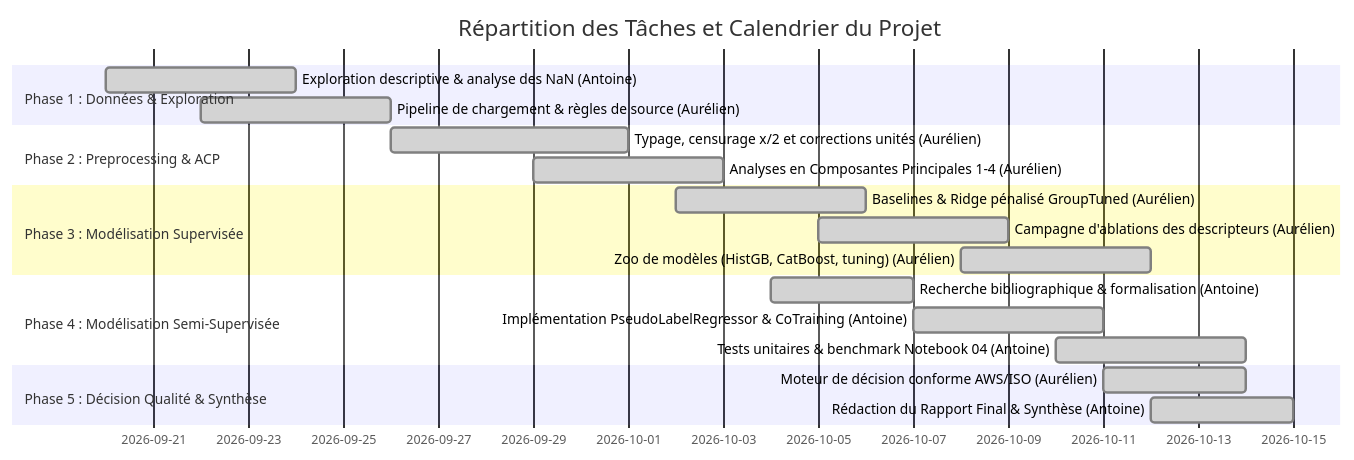
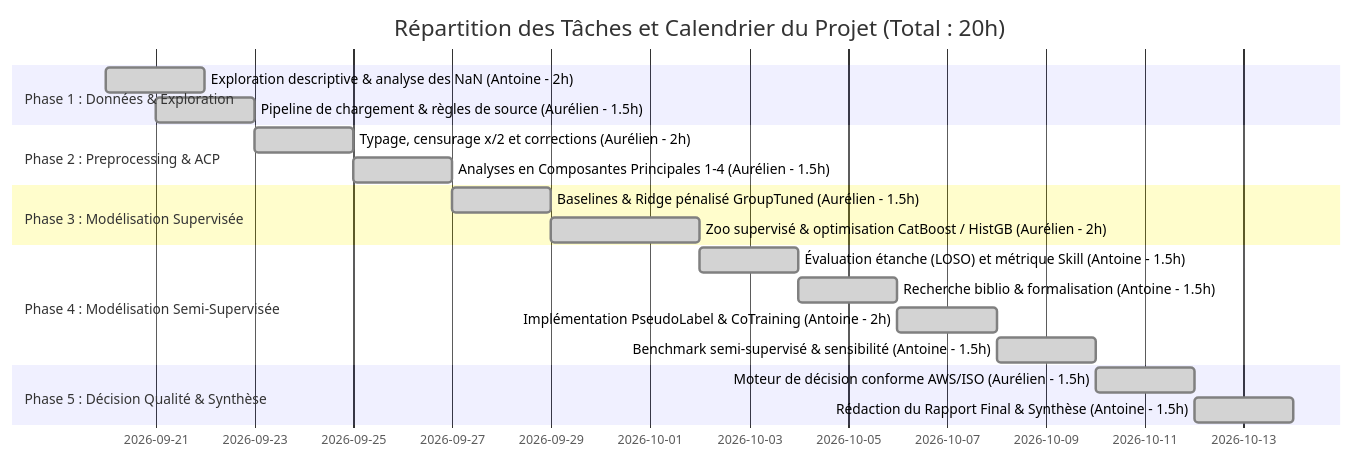
Before and after one commit to aureliendelest/weld-quality-pred: the second of 2 diagrams in report/rapport_final.md, drawn with Mermaid. The commit also changed other lines of this file, not shown here.

Commit message:
doc : add rapport_final

````diff
--- a/report/rapport_final.md
+++ b/report/rapport_final.md
@@ -146,22 +197,22 @@
 ```mermaid
 gantt
-    title Répartition des Tâches et Calendrier du Projet
+    title Répartition des Tâches et Calendrier du Projet (Total : 20h)
     dateFormat  YYYY-MM-DD
     section Phase 1 : Données & Exploration
-    Exploration descriptive & analyse des NaN (Antoine)    :done, a1, 2026-09-20, 4d
-    Pipeline de chargement & règles de source (Aurélien)   :done, a2, 2026-09-22, 4d
+    Exploration descriptive & analyse des NaN (Antoine - 2h)    :done, a1, 2026-09-20, 2d
+    Pipeline de chargement & règles de source (Aurélien - 1.5h) :done, a2, 2026-09-21, 2d
     section Phase 2 : Preprocessing & ACP
-    Typage, censurage x/2 et corrections unités (Aurélien) :done, b1, 2026-09-26, 5d
-    Analyses en Composantes Principales 1-4 (Aurélien)     :done, b2, 2026-09-29, 4d
+    Typage, censurage x/2 et corrections (Aurélien - 2h)        :done, b1, 2026-09-23, 2d
+    Analyses en Composantes Principales 1-4 (Aurélien - 1.5h)   :done, b2, 2026-09-25, 2d
     section Phase 3 : Modélisation Supervisée
-    Baselines & Ridge pénalisé GroupTuned (Aurélien)       :done, c1, 2026-10-02, 4d
-    Campagne d'ablations des descripteurs (Aurélien)       :done, c2, 2026-10-05, 4d
-    Zoo de modèles (HistGB, CatBoost, tuning) (Aurélien)   :done, c3, 2026-10-08, 4d
+    Baselines & Ridge pénalisé GroupTuned (Aurélien - 1.5h)     :done, c1, 2026-09-27, 2d
+    Zoo supervisé & optimisation CatBoost / HistGB (Aurélien - 2h) :done, c2, 2026-09-29, 3d
     section Phase 4 : Modélisation Semi-Supervisée
-    Recherche bibliographique & formalisation (Antoine)    :done, d1, 2026-10-04, 3d
-    Implémentation PseudoLabelRegressor & CoTraining (Antoine) :done, d2, 2026-10-07, 4d
-    Tests unitaires & benchmark Notebook 04 (Antoine)      :done, d3, 2026-10-10, 4d
+    Évaluation étanche (LOSO) et métrique Skill (Antoine - 1.5h) :done, d1, 2026-10-02, 2d
+    Recherche biblio & formalisation (Antoine - 1.5h)           :done, d2, 2026-10-04, 2d
+    Implémentation PseudoLabel & CoTraining (Antoine - 2h)      :done, d3, 2026-10-06, 2d
+    Benchmark semi-supervisé & sensibilité (Antoine - 1.5h)     :done, d4, 2026-10-08, 2d
     section Phase 5 : Décision Qualité & Synthèse
-    Moteur de décision conforme AWS/ISO (Aurélien)         :done, e1, 2026-10-11, 3d
-    Rédaction du Rapport Final & Synthèse (Antoine)        :done, e2, 2026-10-12, 3d
+    Moteur de décision conforme AWS/ISO (Aurélien - 1.5h)       :done, e1, 2026-10-10, 2d
+    Rédaction du Rapport Final & Synthèse (Antoine - 1.5h)      :done, e2, 2026-10-12, 2d
 ```
````
